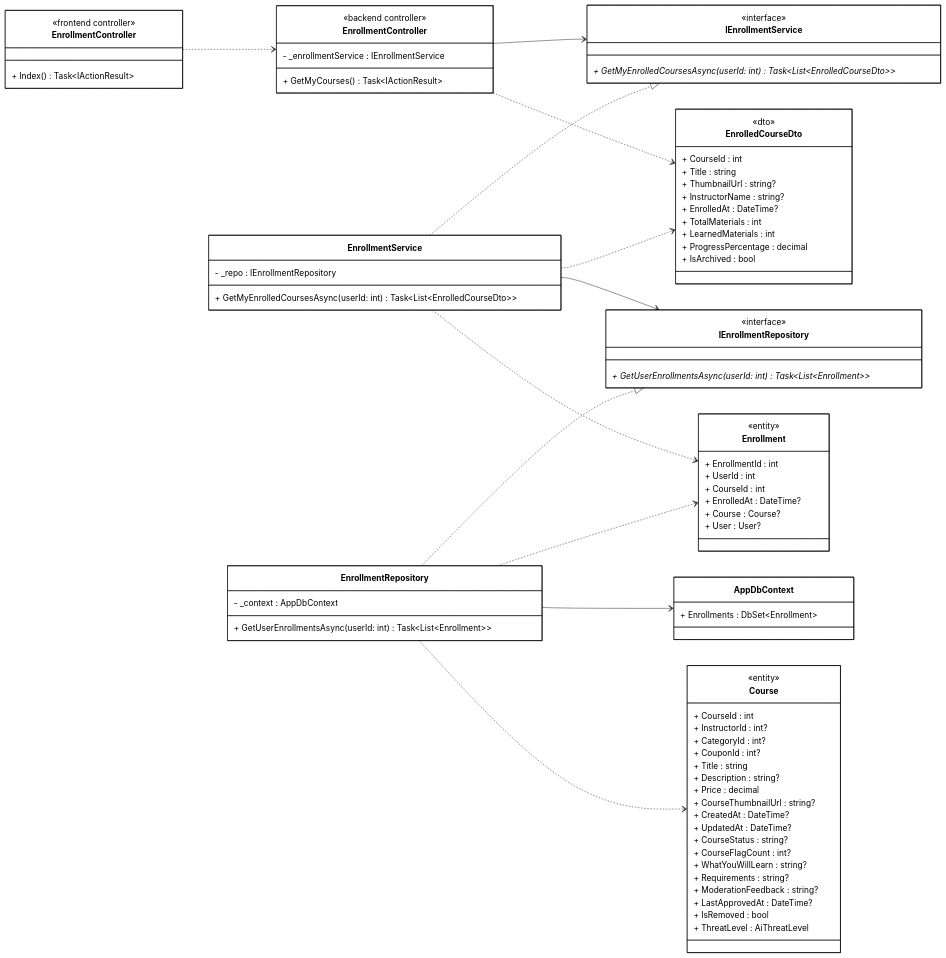
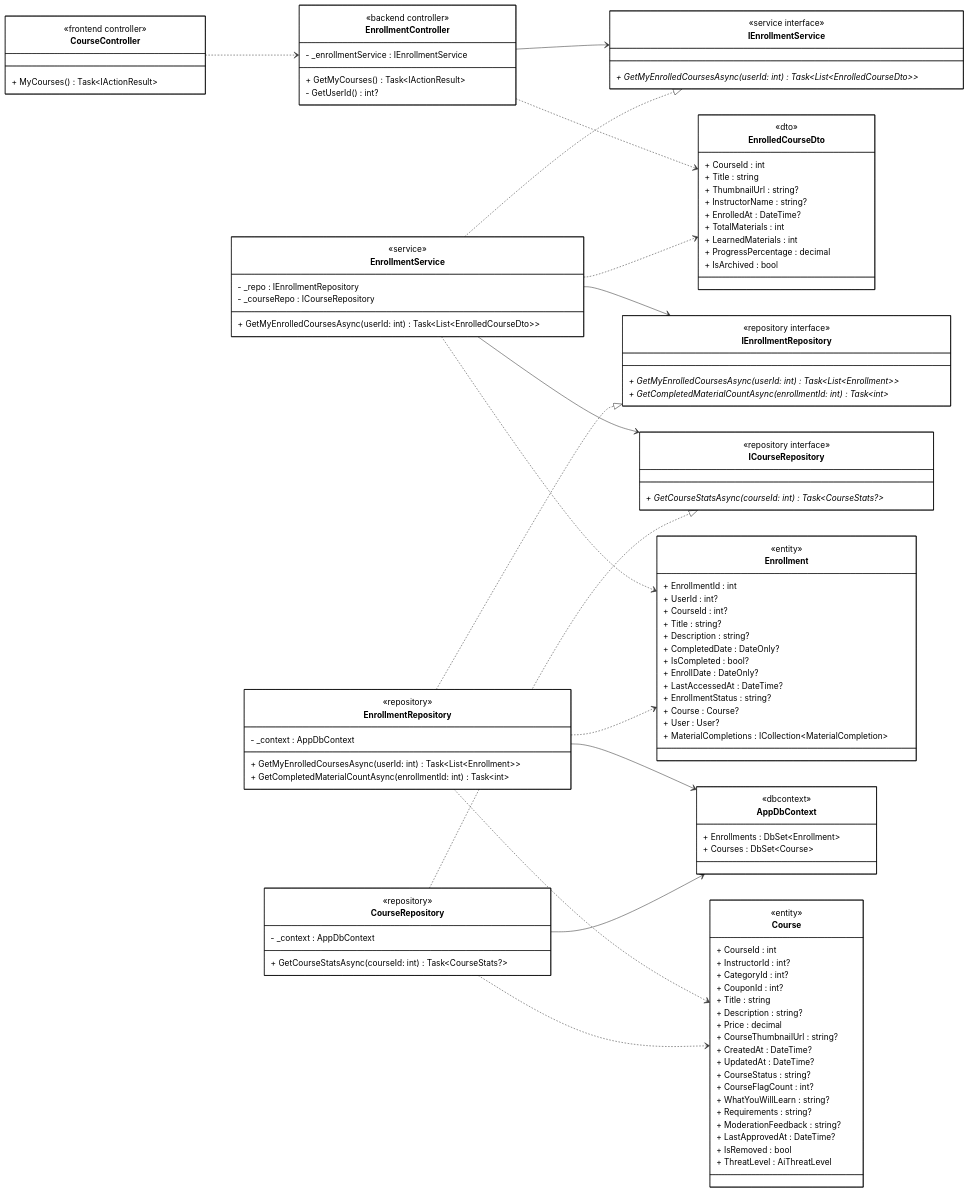
One commit to 1000do/Linked changed the diagram in diagrams/class_mermaid/user_course/cls_mm_view_purchased_course_list.mmd. Above: the diagram before and after it, drawn with Mermaid. The commit also changed 95 other files, not shown here.

Commit message:
feat: add comprehensive system architecture diagrams for user, instructor, and admin modules

```diff
--- a/diagrams/class_mermaid/user_course/cls_mm_view_purchased_course_list.mmd
+++ b/diagrams/class_mermaid/user_course/cls_mm_view_purchased_course_list.mmd
@@ -1,124 +1,155 @@
 classDiagram
 direction LR
 
 %% ==================== FRONTEND ====================
 
-class EnrollmentControllerFE["EnrollmentController"] {
+class CourseControllerFE["CourseController"] {
     <<frontend controller>>
-    + Index() Task~IActionResult~
+    + MyCourses() Task~IActionResult~
 }
 
 %% ==================== BACKEND - CONTROLLER ====================
 
 class EnrollmentControllerBE["EnrollmentController"] {
     <<backend controller>>
     - _enrollmentService : IEnrollmentService
     
     + GetMyCourses() Task~IActionResult~
+    - GetUserId() int?
 }
 
 %% ==================== BACKEND - DTOs ====================
 
 class EnrolledCourseDto {
     <<dto>>
     + CourseId : int
     + Title : string
     + ThumbnailUrl : string?
     + InstructorName : string?
     + EnrolledAt : DateTime?
     + TotalMaterials : int
     + LearnedMaterials : int
     + ProgressPercentage : decimal
     + IsArchived : bool
 }
 
 %% ==================== BACKEND - DOMAIN ENTITIES ====================
 
 class Enrollment {
     <<entity>>
     + EnrollmentId : int
-    + UserId : int
-    + CourseId : int
-    + EnrolledAt : DateTime?
+    + UserId : int?
+    + CourseId : int?
+    + Title : string?
+    + Description : string?
+    + CompletedDate : DateOnly?
+    + IsCompleted : bool?
+    + EnrollDate : DateOnly?
+    + LastAccessedAt : DateTime?
+    + EnrollmentStatus : string?
     + Course : Course?
     + User : User?
+    + MaterialCompletions : ICollection~MaterialCompletion~
 }
 
 class Course {
     <<entity>>
     + CourseId : int
     + InstructorId : int?
     + CategoryId : int?
     + CouponId : int?
     + Title : string
     + Description : string?
     + Price : decimal
     + CourseThumbnailUrl : string?
     + CreatedAt : DateTime?
     + UpdatedAt : DateTime?
     + CourseStatus : string?
     + CourseFlagCount : int?
     + WhatYouWillLearn : string?
     + Requirements : string?
     + ModerationFeedback : string?
     + LastApprovedAt : DateTime?
     + IsRemoved : bool
     + ThreatLevel : AiThreatLevel
 }
 
 %% ==================== BACKEND - SERVICE INTERFACES ====================
 
 class IEnrollmentService {
-    <<interface>>
+    <<service interface>>
     + GetMyEnrolledCoursesAsync(userId: int) Task~List~EnrolledCourseDto~~ *
 }
 
 class IEnrollmentRepository {
-    <<interface>>
-    + GetUserEnrollmentsAsync(userId: int) Task~List~Enrollment~~ *
+    <<repository interface>>
+    + GetMyEnrolledCoursesAsync(userId: int) Task~List~Enrollment~~ *
+    + GetCompletedMaterialCountAsync(enrollmentId: int) Task~int~ *
+}
+
+class ICourseRepository {
+    <<repository interface>>
+    + GetCourseStatsAsync(courseId: int) Task~CourseStats?~ *
 }
 
 %% ==================== BACKEND - SERVICE IMPLEMENTATION ====================
 
 class EnrollmentService {
+    <<service>>
     - _repo : IEnrollmentRepository
+    - _courseRepo : ICourseRepository
     
     + GetMyEnrolledCoursesAsync(userId: int) Task~List~EnrolledCourseDto~~
 }
 
 %% ==================== BACKEND - REPOSITORY IMPLEMENTATION ====================
 
 class EnrollmentRepository {
+    <<repository>>
     - _context : AppDbContext
     
-    + GetUserEnrollmentsAsync(userId: int) Task~List~Enrollment~~
+    + GetMyEnrolledCoursesAsync(userId: int) Task~List~Enrollment~~
+    + GetCompletedMaterialCountAsync(enrollmentId: int) Task~int~
+}
+
+class CourseRepository {
+    <<repository>>
+    - _context : AppDbContext
+    
+    + GetCourseStatsAsync(courseId: int) Task~CourseStats?~
 }
 
 %% ==================== BACKEND - DbContext ====================
 
 class AppDbContext {
+    <<dbcontext>>
     + Enrollments : DbSet~Enrollment~
+    + Courses : DbSet~Course~
 }
 
 %% ==================== RELATIONSHIPS ====================
 
 %% === UNIDIRECTIONAL ASSOCIATION ===
 EnrollmentControllerBE --> IEnrollmentService
 EnrollmentService --> IEnrollmentRepository
+EnrollmentService --> ICourseRepository
 EnrollmentRepository --> AppDbContext
+CourseRepository --> AppDbContext
 
 %% === INTERFACE REALIZATION ===
 EnrollmentService ..|> IEnrollmentService
 EnrollmentRepository ..|> IEnrollmentRepository
+CourseRepository ..|> ICourseRepository
 
 %% === DEPENDENCY ===
-EnrollmentControllerFE ..> EnrollmentControllerBE
+CourseControllerFE ..> EnrollmentControllerBE
 EnrollmentControllerBE ..> EnrolledCourseDto
 EnrollmentService ..> EnrolledCourseDto
 EnrollmentService ..> Enrollment
 EnrollmentRepository ..> Enrollment
 EnrollmentRepository ..> Course
+CourseRepository ..> Course
 
 %% ==================== STYLES ====================
 
 classDef default fill:#FFFFFF,stroke:#000000,stroke-width:1px,color:#000000
```
